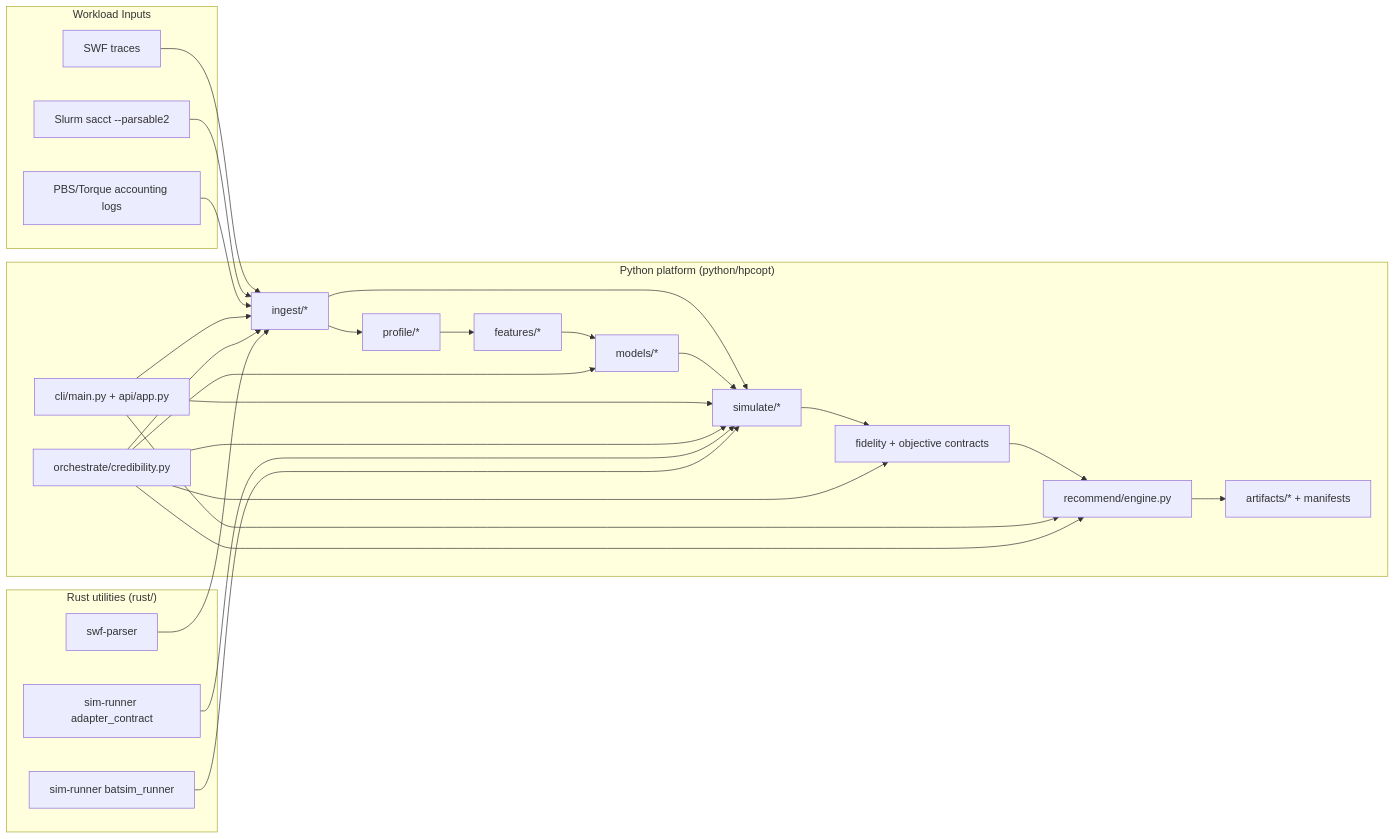
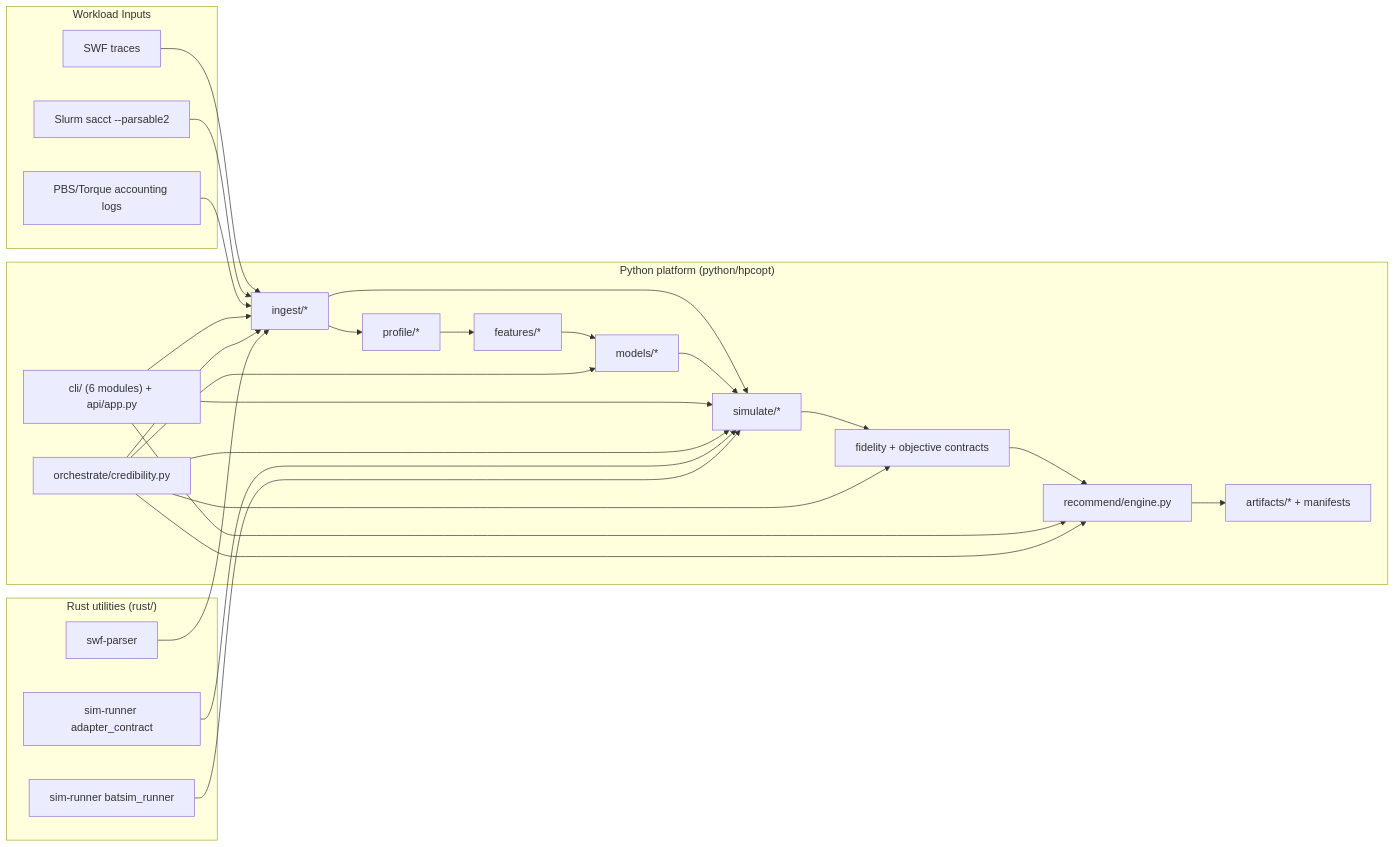
One commit to ErenAri/HCP-workload-optimizer changed the first of 7 diagrams in README.md. Above: the diagram before and after it, drawn with Mermaid. The commit also changed other lines of this file and 49 other files, not shown here.

Commit message:
feat: Implement core HPC Workload Optimizer API, CLI, Rust simulation runner, data schemas, and CI/CD infrastructure.

````diff
--- a/README.md
+++ b/README.md
@@ -119,45 +121,45 @@
 ```mermaid
 flowchart LR
   subgraph Inputs["Workload Inputs"]
     SWF["SWF traces"]
     SLURM["Slurm sacct --parsable2"]
     PBS["PBS/Torque accounting logs"]
   end
 
   subgraph Py["Python platform (python/hpcopt)"]
     ING["ingest/*"]
     PROF["profile/*"]
     FEAT["features/*"]
     MOD["models/*"]
     SIM["simulate/*"]
     FID["fidelity + objective contracts"]
     REC["recommend/engine.py"]
     ART["artifacts/* + manifests"]
-    IFACE["cli/main.py + api/app.py"]
+    IFACE["cli/ (6 modules) + api/app.py"]
     ORCH["orchestrate/credibility.py"]
   end
 
   subgraph Rs["Rust utilities (rust/)"]
     RSWF["swf-parser"]
     RADAPT["sim-runner adapter_contract"]
     RBAT["sim-runner batsim_runner"]
   end
 
   SWF --> ING
   SLURM --> ING
   PBS --> ING
   ING --> PROF --> FEAT --> MOD
   ING --> SIM
   MOD --> SIM --> FID --> REC --> ART
   IFACE --> ING
   IFACE --> SIM
   IFACE --> REC
   ORCH --> ING
   ORCH --> MOD
   ORCH --> SIM
   ORCH --> FID
   ORCH --> REC
   RSWF --> ING
   RADAPT --> SIM
   RBAT --> SIM
 ```
````
